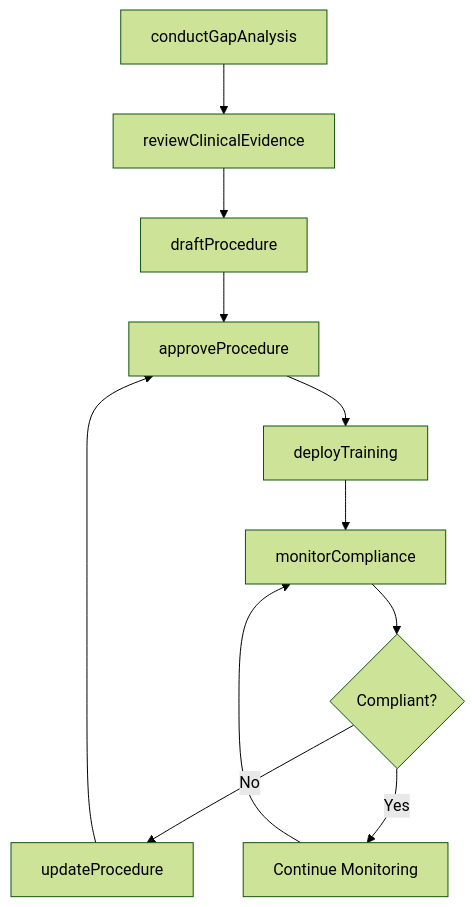
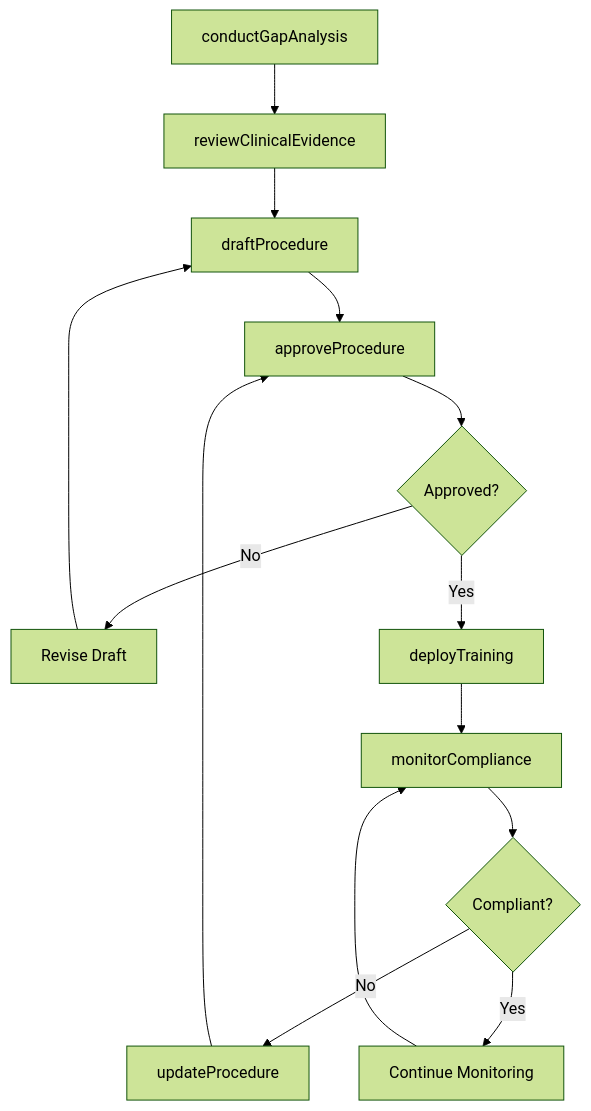
Before and after one commit to dot-org-ai/tasks.org.ai: the third of 4 diagrams in ThinkingCreatively/DevelopSafetyStandardsPoliciesOrProcedures/DevelopHealthcareQualitySafetyProcedures.mdx, drawn with Mermaid (forest theme). The commit also changed other lines of this file and 266 other files, not shown here.

First line of the commit message:
feat: Add ER diagrams, state diagrams to wave 2 batch (251 DWA files)

````diff
--- a/ThinkingCreatively/DevelopSafetyStandardsPoliciesOrProcedures/DevelopHealthcareQualitySafetyProcedures.mdx
+++ b/ThinkingCreatively/DevelopSafetyStandardsPoliciesOrProcedures/DevelopHealthcareQualitySafetyProcedures.mdx
@@ -86,13 +115,16 @@
 ```mermaid
 graph TD
     A[conductGapAnalysis] --> B[reviewClinicalEvidence]
     B --> C[draftProcedure]
     C --> D[approveProcedure]
-    D --> E[deployTraining]
-    E --> F[monitorCompliance]
-    F --> G{Compliant?}
-    G -->|No| H[updateProcedure]
-    H --> D
-    G -->|Yes| I[Continue Monitoring]
-    I --> F
+    D --> E{Approved?}
+    E -->|No| F[Revise Draft]
+    F --> C
+    E -->|Yes| G[deployTraining]
+    G --> H[monitorCompliance]
+    H --> I{Compliant?}
+    I -->|No| J[updateProcedure]
+    J --> D
+    I -->|Yes| K[Continue Monitoring]
+    K --> H
 ```
````
